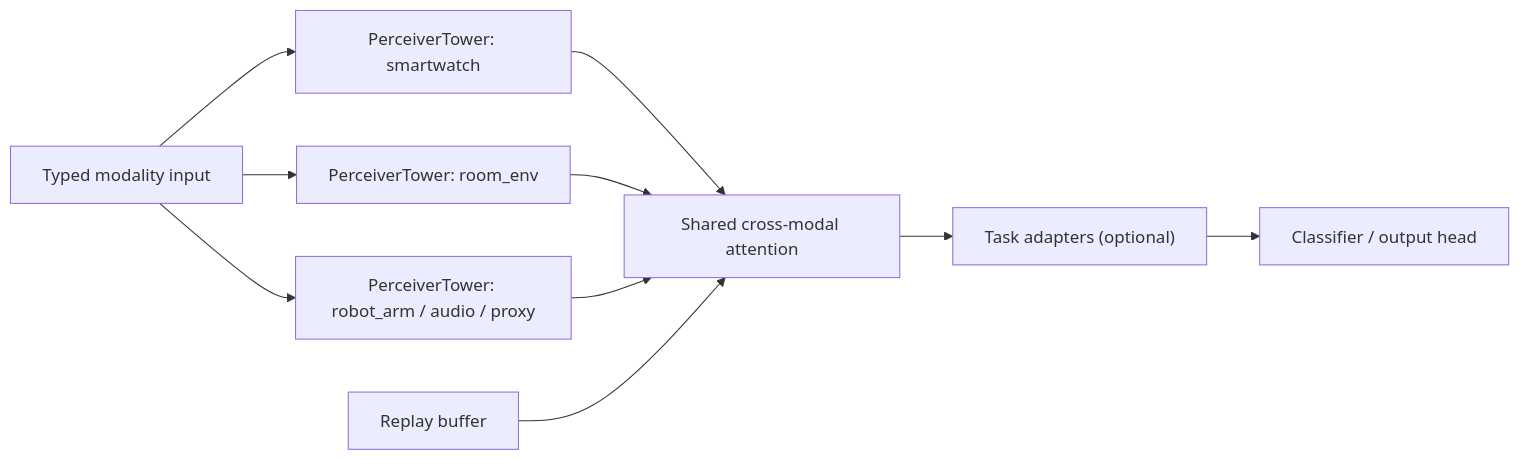
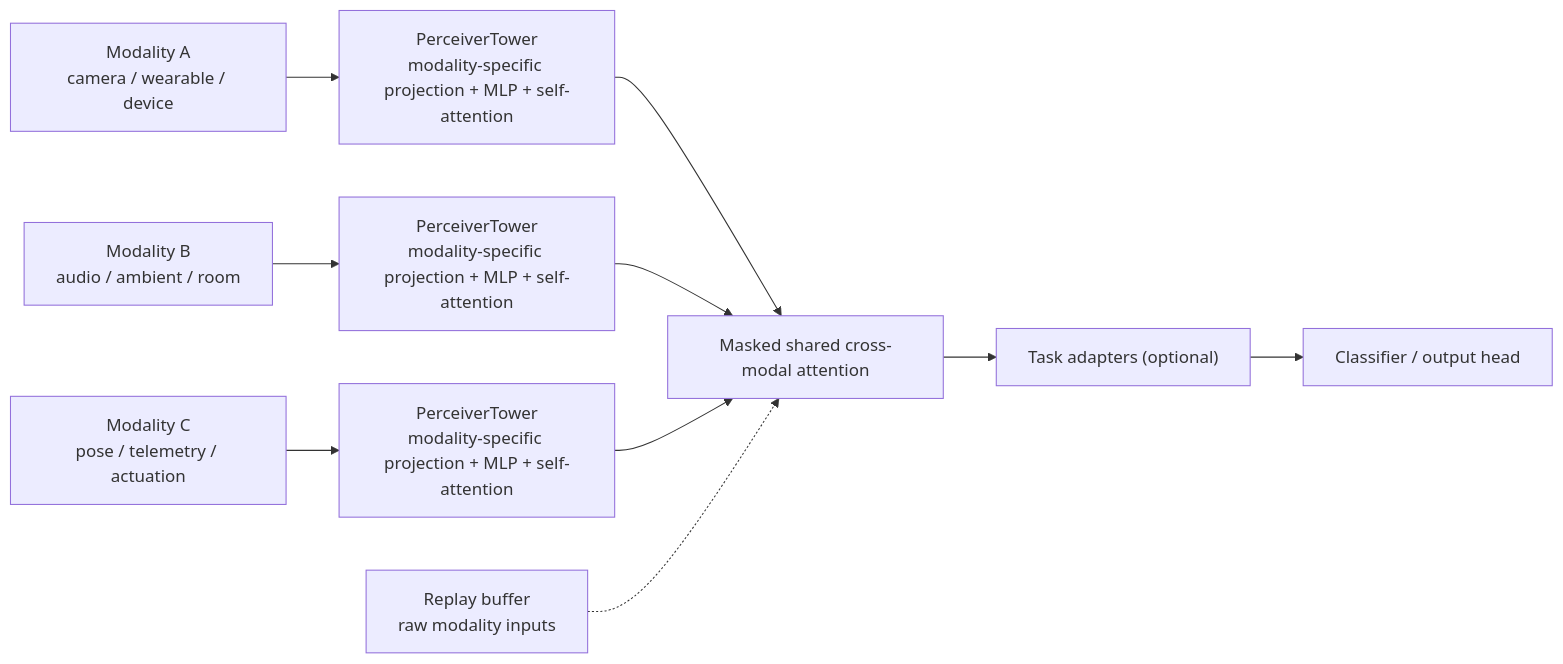
One commit to zachshallbetter/perception-is-how-we-experience changed the second of 3 diagrams in paper/sections/04-methods.md. Above: the diagram before and after it, drawn with Mermaid. The commit also changed other lines of this file and 62 other files, not shown here.

````diff
--- a/paper/sections/04-methods.md
+++ b/paper/sections/04-methods.md
@@ -20,12 +69,12 @@
 ```mermaid
 flowchart LR
-    A["Typed modality input"] --> B["PerceiverTower: smartwatch"]
-    A --> C["PerceiverTower: room_env"]
-    A --> D["PerceiverTower: robot_arm / audio / proxy"]
-    B --> E["Shared cross-modal attention"]
-    C --> E
-    D --> E
-    E --> F["Task adapters (optional)"]
-    F --> G["Classifier / output head"]
-    H["Replay buffer"] --> E
+    A["Modality A<br/>camera / wearable / device"] --> B["PerceiverTower<br/>modality-specific projection + MLP + self-attention"]
+    C["Modality B<br/>audio / ambient / room"] --> D["PerceiverTower<br/>modality-specific projection + MLP + self-attention"]
+    E["Modality C<br/>pose / telemetry / actuation"] --> F["PerceiverTower<br/>modality-specific projection + MLP + self-attention"]
+    B --> G["Masked shared cross-modal attention"]
+    D --> G
+    F --> G
+    G --> H["Task adapters (optional)"]
+    H --> I["Classifier / output head"]
+    J["Replay buffer<br/>raw modality inputs"] -.-> G
 ```
````
